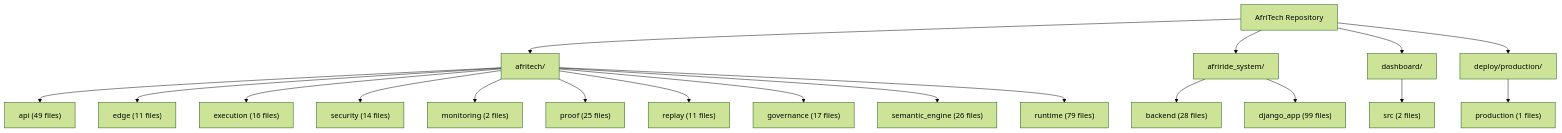
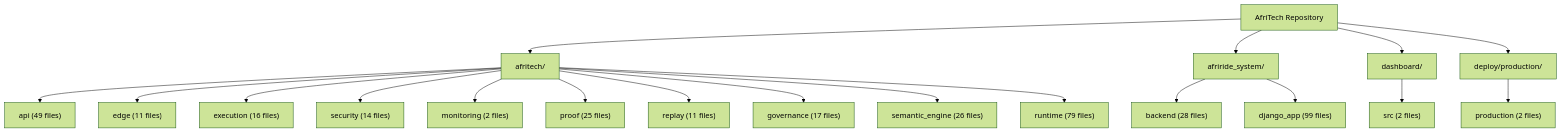
The second of 2 diagrams in docs/architecture/AFRITECH_FULL_ARCHITECTURE_GRAPH.md (Strelly2023/afritelematics), drawn with Mermaid (forest theme) before and after one commit. The commit also changed other lines of this file and 219 other files, not shown here.

````diff
--- a/docs/architecture/AFRITECH_FULL_ARCHITECTURE_GRAPH.md
+++ b/docs/architecture/AFRITECH_FULL_ARCHITECTURE_GRAPH.md
@@ -64,23 +64,23 @@
 ```mermaid
 flowchart TD
     Root["AfriTech Repository"] --> Core["afritech/"]
     Root --> Ride["afriride_system/"]
     Root --> Ui["dashboard/"]
     Root --> Deploy["deploy/production/"]
 
     Core --> Api["api (49 files)"]
     Core --> Edge["edge (11 files)"]
     Core --> Execution["execution (16 files)"]
     Core --> Security["security (14 files)"]
     Core --> Monitoring["monitoring (2 files)"]
     Core --> Proof["proof (25 files)"]
     Core --> Replay["replay (11 files)"]
     Core --> Governance["governance (17 files)"]
     Core --> Semantic["semantic_engine (26 files)"]
     Core --> Runtime["runtime (79 files)"]
 
     Ride --> Backend["backend (28 files)"]
     Ride --> Django["django_app (99 files)"]
     Ui --> Dashboard["src (2 files)"]
-    Deploy --> Production["production (1 files)"]
+    Deploy --> Production["production (2 files)"]
 ```
````
